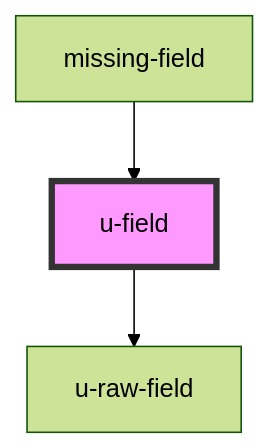
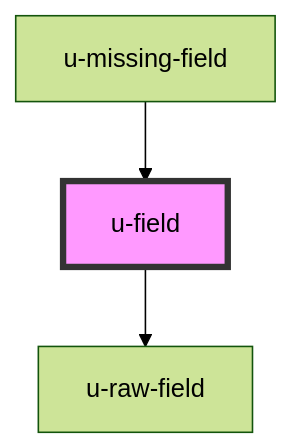
The diagram in packages/auth/src/components/profile/field/readme.md (UnidyID/unidy-sdk), drawn with Mermaid (forest theme) before and after one commit. The commit also changed other lines of this file and 6 other files, not shown here.

````diff
--- a/packages/auth/src/components/profile/field/readme.md
+++ b/packages/auth/src/components/profile/field/readme.md
@@ -56,6 +56,6 @@
 ```mermaid
 graph TD;
   u-field --> u-raw-field
-  missing-field --> u-field
+  u-missing-field --> u-field
   style u-field fill:#f9f,stroke:#333,stroke-width:4px
 ```
````
